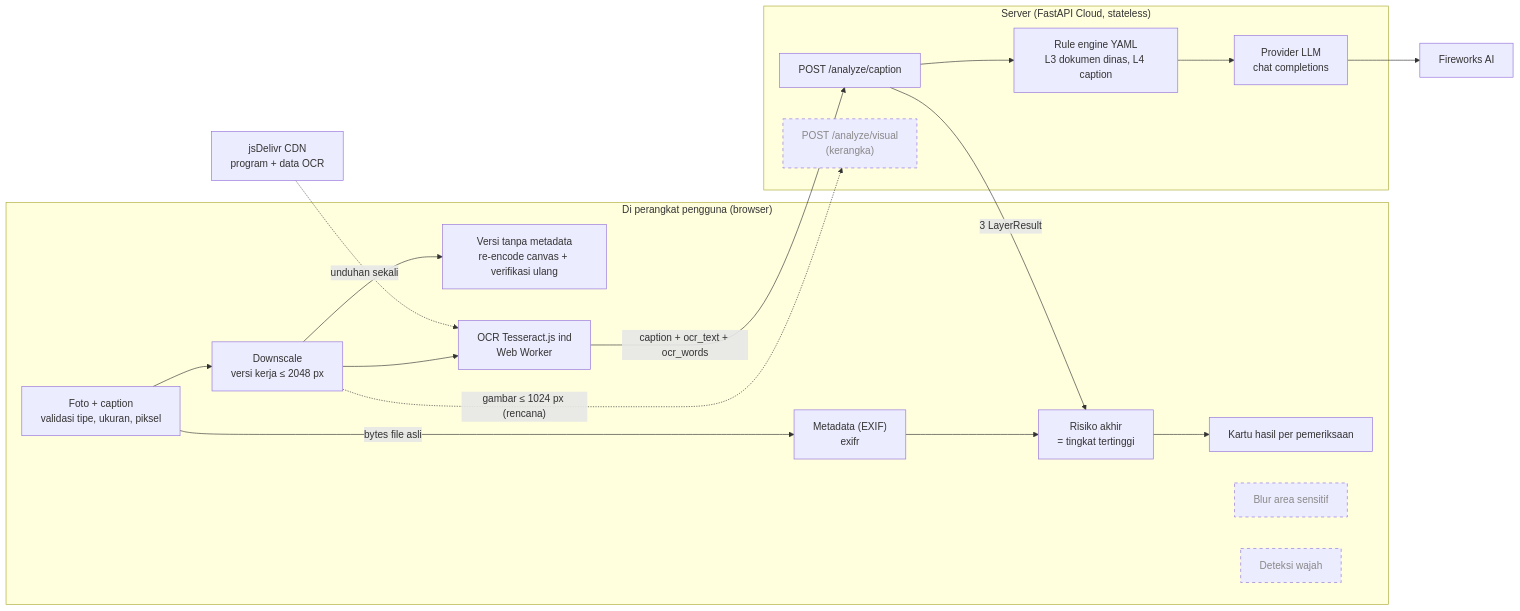
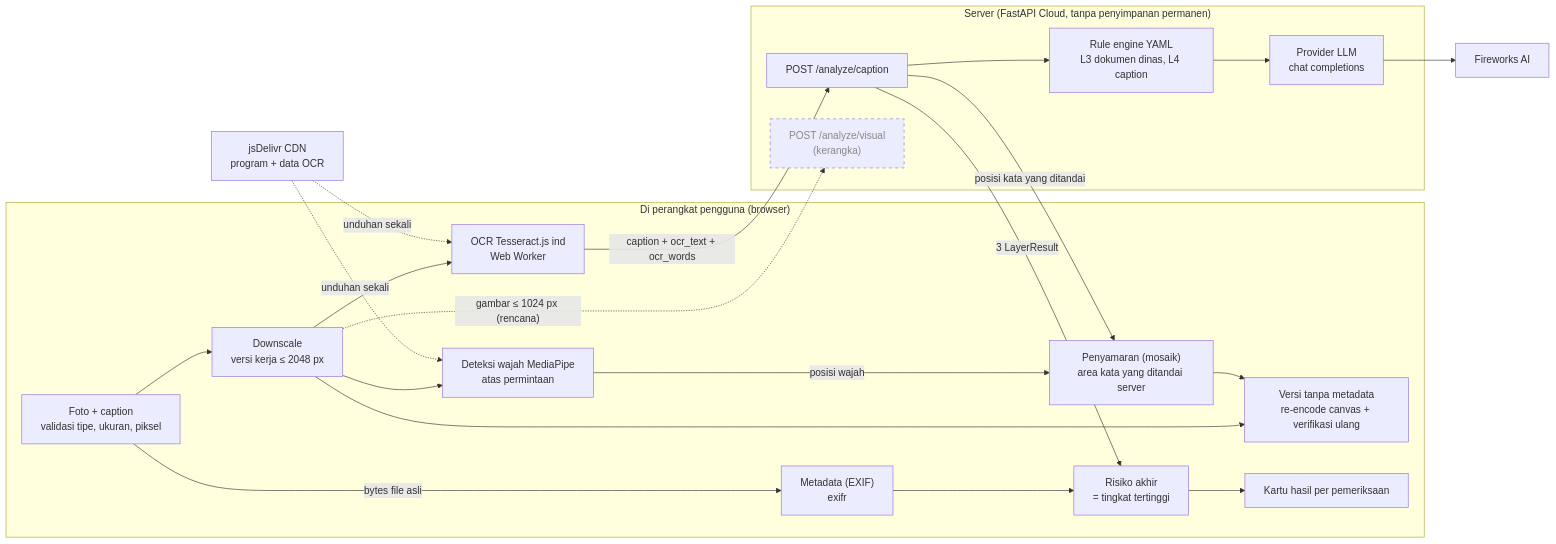
The diagram in docs/architecture.md (YantUgli/tilik), drawn with Mermaid before and after one commit. The commit also changed other lines of this file and 2 other files, not shown here.

````diff
--- a/docs/architecture.md
+++ b/docs/architecture.md
@@ -7,37 +7,40 @@
 ```mermaid
 flowchart LR
   subgraph Perangkat["Di perangkat pengguna (browser)"]
     IN["Foto + caption<br/>validasi tipe, ukuran, piksel"]
     DS["Downscale<br/>versi kerja ≤ 2048 px"]
     L1["Metadata (EXIF)<br/>exifr"]
     SAFE["Versi tanpa metadata<br/>re-encode canvas + verifikasi ulang"]
     OCR["OCR Tesseract.js ind<br/>Web Worker"]
     RISK["Risiko akhir<br/>= tingkat tertinggi"]
     UI["Kartu hasil per pemeriksaan"]
-    BLUR["Blur area sensitif"]:::plan
-    FACE["Deteksi wajah"]:::plan
+    BLUR["Penyamaran (mosaik)<br/>area kata yang ditandai server"]
+    FACE["Deteksi wajah MediaPipe<br/>atas permintaan"]
   end
 
-  subgraph Server["Server (FastAPI Cloud, stateless)"]
+  subgraph Server["Server (FastAPI Cloud, tanpa penyimpanan permanen)"]
     CAP["POST /analyze/caption"]
     RULE["Rule engine YAML<br/>L3 dokumen dinas, L4 caption"]
     LLM["Provider LLM<br/>chat completions"]
     VIS["POST /analyze/visual<br/>(kerangka)"]:::plan
   end
 
   FW["Fireworks AI"]
   CDN["jsDelivr CDN<br/>program + data OCR"]
 
   IN --> DS
   IN -- "bytes file asli" --> L1
   DS --> SAFE
   DS --> OCR
   CDN -. "unduhan sekali" .-> OCR
   OCR -- "caption + ocr_text + ocr_words" --> CAP
   CAP --> RULE --> LLM --> FW
+  CAP -- "posisi kata yang ditandai" --> BLUR --> SAFE
+  DS --> FACE -- "posisi wajah" --> BLUR
+  CDN -. "unduhan sekali" .-> FACE
   CAP -- "3 LayerResult" --> RISK
   L1 --> RISK --> UI
   DS -. "gambar ≤ 1024 px (rencana)" .-> VIS
 
   classDef plan stroke-dasharray: 5 5,color:#888
 ```
````
